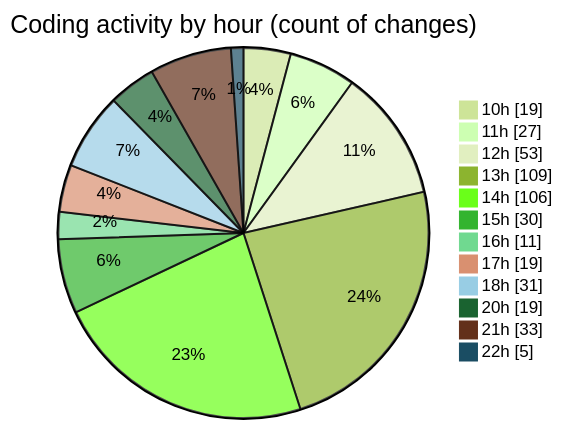
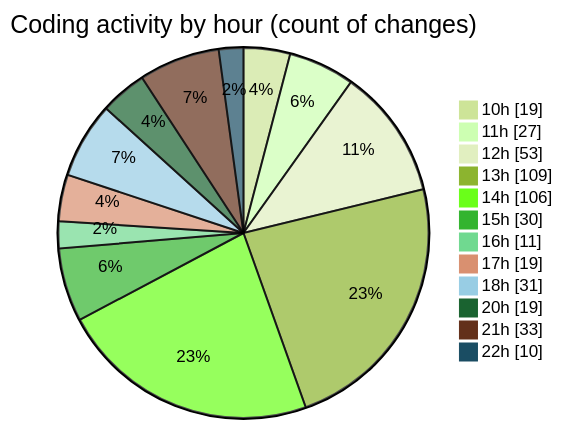
One commit to momahboobian/code-tracking changed the second of 2 diagrams in 2025-03-18/cda/README.md. Above: the diagram before and after it, drawn with Mermaid (forest theme). The commit also changed other lines of this file and 1 other file, not shown here.

````diff
--- a/2025-03-18/cda/README.md
+++ b/2025-03-18/cda/README.md
@@ -44,16 +44,16 @@
 ```mermaid
 pie showData
 title Coding activity by hour (count of changes)
 "10h" : 19
 "11h" : 27
 "12h" : 53
 "13h" : 109
 "14h" : 106
 "15h" : 30
 "16h" : 11
 "17h" : 19
 "18h" : 31
 "20h" : 19
 "21h" : 33
-"22h" : 5
+"22h" : 10
 ```
````
